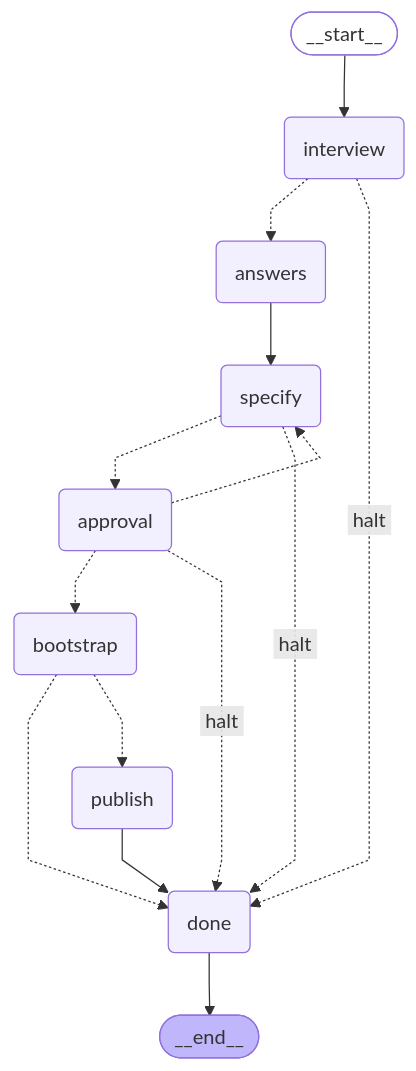
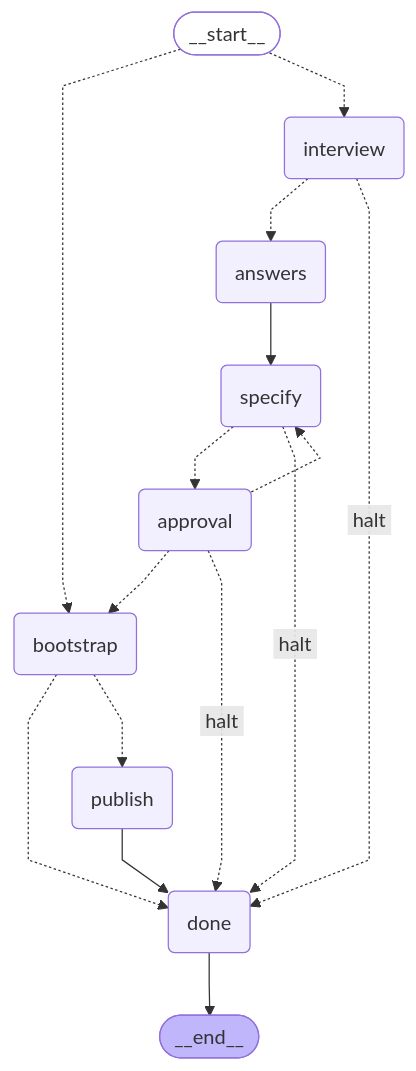
Before and after one commit to NewMe505/SCIO: the ninth of 10 diagrams in docs/ARCHITECTURE.md, drawn with Mermaid. The commit also changed 15 other files, not shown here.

````diff
--- a/docs/ARCHITECTURE.md
+++ b/docs/ARCHITECTURE.md
@@ -901,33 +901,34 @@
 ```mermaid
 ---
 config:
   flowchart:
     curve: linear
 ---
 graph TD;
 	__start__([<p>__start__</p>]):::first
 	interview(interview)
 	answers(answers)
 	specify(specify)
 	approval(approval)
 	bootstrap(bootstrap)
 	publish(publish)
 	done(done)
 	__end__([<p>__end__</p>]):::last
-	__start__ --> interview;
+	__start__ -.-> bootstrap;
+	__start__ -.-> interview;
 	answers --> specify;
 	approval -.-> bootstrap;
 	approval -. &nbsp;halt&nbsp; .-> done;
 	approval -.-> specify;
 	bootstrap -.-> done;
 	bootstrap -.-> publish;
 	interview -.-> answers;
 	interview -. &nbsp;halt&nbsp; .-> done;
 	publish --> done;
 	specify -.-> approval;
 	specify -. &nbsp;halt&nbsp; .-> done;
 	done --> __end__;
 	classDef default fill:#f2f0ff,line-height:1.2
 	classDef first fill-opacity:0
 	classDef last fill:#bfb6fc
 ```
````
